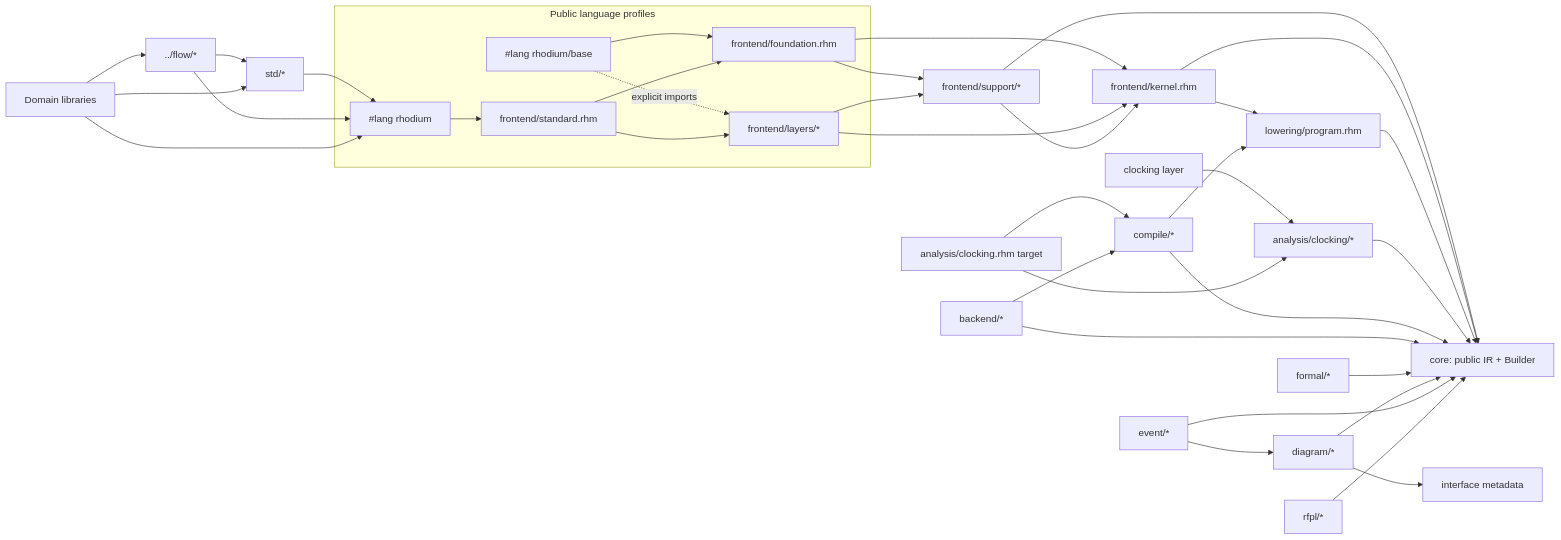
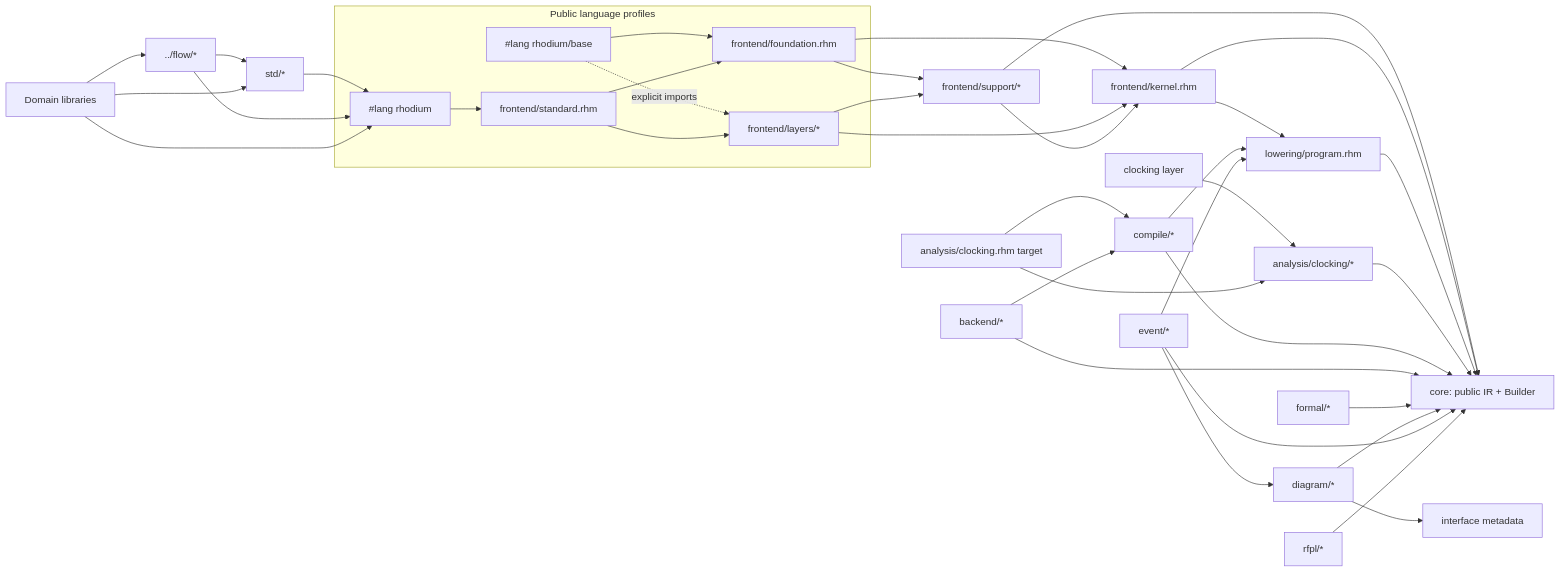
Before and after one commit to jerryz123/rhodium: the diagram in rhodium/DEVELOPING.md, drawn with Mermaid. The commit also changed other lines of this file and 9 other files, not shown here.

````diff
--- a/rhodium/DEVELOPING.md
+++ b/rhodium/DEVELOPING.md
@@ -20,43 +20,44 @@
 ```mermaid
 flowchart LR
   subgraph Profiles[Public language profiles]
     Rhodium["#lang rhodium"] --> Standard["frontend/standard.rhm"]
     Base["#lang rhodium/base"] --> Foundation["frontend/foundation.rhm"]
     Base -.->|explicit imports| Layers["frontend/layers/*"]
     Standard --> Foundation
     Standard --> Layers
   end
 
   Foundation --> Support["frontend/support/*"]
   Foundation --> Kernel["frontend/kernel.rhm"]
   Layers --> Support
   Layers --> Kernel
   Support --> Kernel
   Support --> Core["core: public IR + Builder"]
   Kernel --> Core
   Kernel --> Lowering["lowering/program.rhm"]
   Lowering --> Core
 
   Clocking["clocking layer"] --> Analysis["analysis/clocking/*"]
   Analysis --> Core
   ClockTarget["analysis/clocking.rhm target"] --> Analysis
   ClockTarget --> Compile
 
   Compile["compile/*"] --> Core
   Compile --> Lowering
   Backend["backend/*"] --> Core
   Backend --> Compile
   Formal["formal/*"] --> Core
   Diagram["diagram/*"] --> Core
   Diagram --> InterfaceMeta["interface metadata"]
   EventGraph["event/*"] --> Diagram
   EventGraph --> Core
+  EventGraph --> Lowering
 
   RFPL["rfpl/*"] --> Core
   Std["std/*"] --> Rhodium
   Flow["../flow/*"] --> Std
   Flow --> Rhodium
   Libraries["Domain libraries"] --> Flow
   Libraries --> Std
   Libraries --> Rhodium
 ```
````
